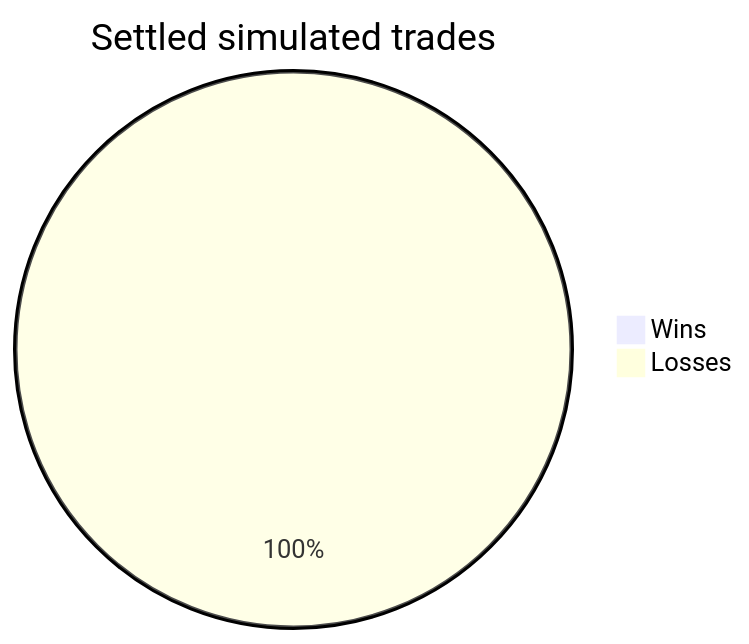
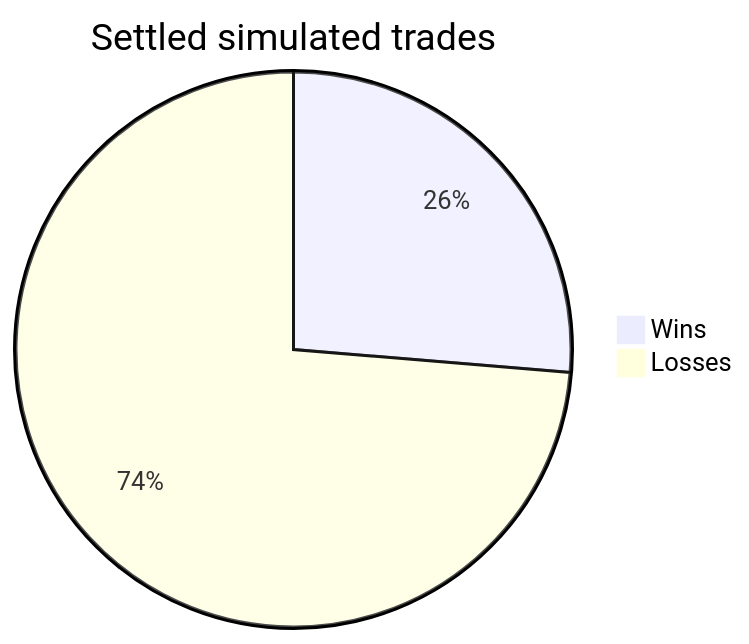
One commit to cheeseonamonkey/PaperLab changed the diagram in docs/bots/book_imbalance.md. Above: the diagram before and after it, drawn with Mermaid. The commit also changed other lines of this file and 34 other files, not shown here.

````diff
--- a/docs/bots/book_imbalance.md
+++ b/docs/bots/book_imbalance.md
@@ -22,5 +22,5 @@
 ```mermaid
 pie title Settled simulated trades
-    "Wins" : 0
-    "Losses" : 4
+    "Wins" : 5
+    "Losses" : 14
 ```
````
